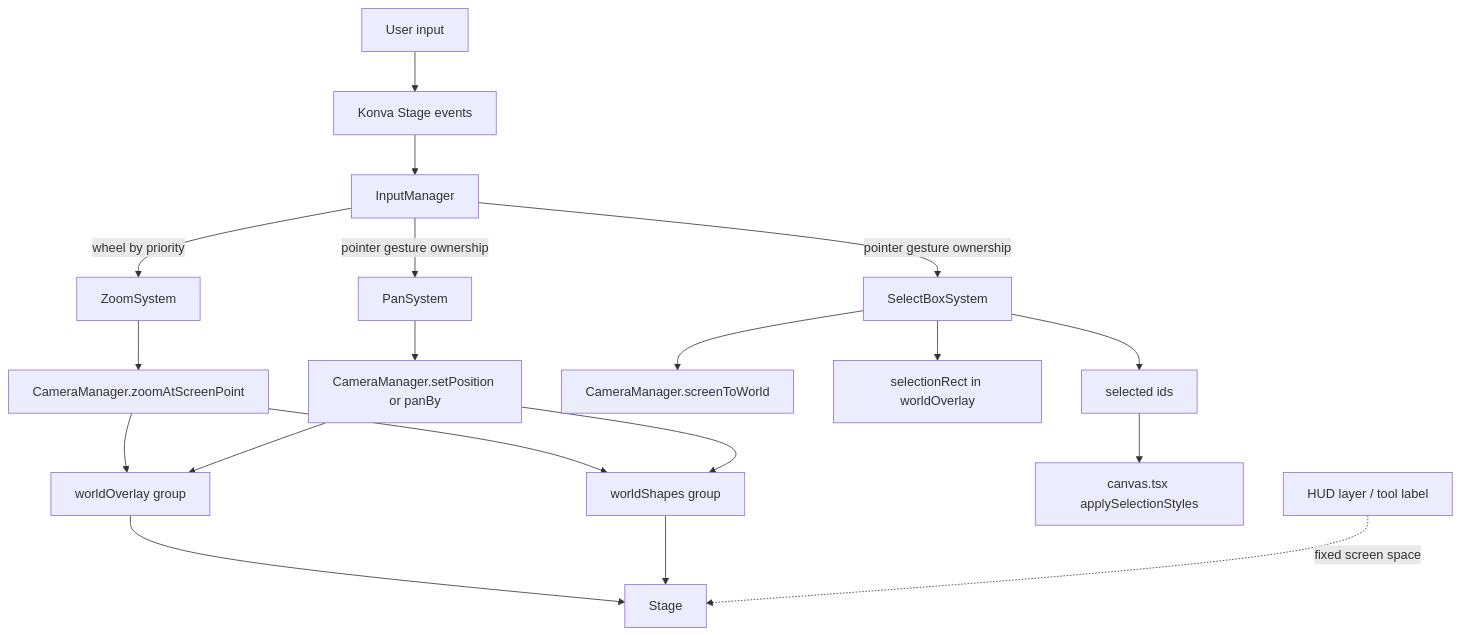
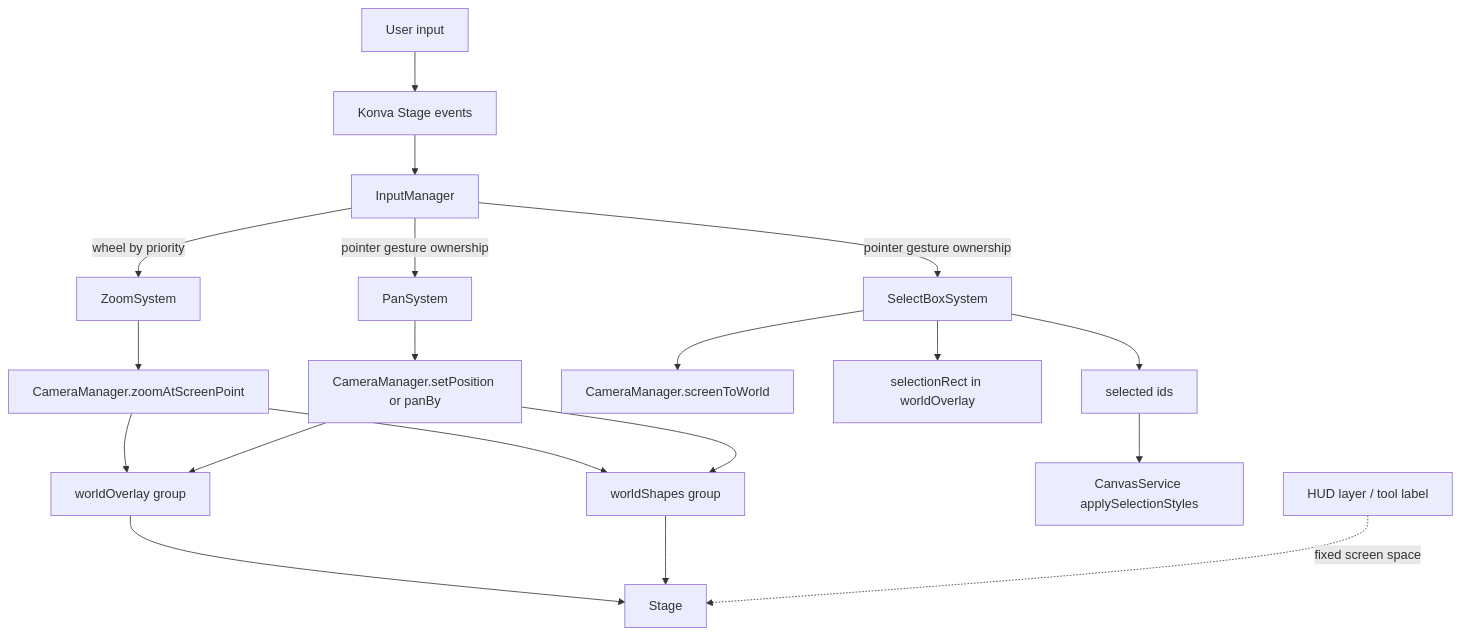
One commit to vibecanvas/vibecanvas changed the diagram in specs/spec.canvas.md. Above: the diagram before and after it, drawn with Mermaid. The commit also changed other lines of this file and 11 other files, not shown here.

Commit message:
refactor: Reimplement canvas input and drawing systems with a new class-based architecture, introducing a dedicated tool system and centralized redraw management.

````diff
--- a/specs/spec.canvas.md
+++ b/specs/spec.canvas.md
@@ -392,26 +401,26 @@
 ```mermaid
 flowchart TD
   U1[User input] --> S1[Konva Stage events]
   S1 --> IM[InputManager]
 
   IM -->|pointer gesture ownership| P1[PanSystem]
   IM -->|pointer gesture ownership| SB1[SelectBoxSystem]
   IM -->|wheel by priority| Z1[ZoomSystem]
 
   P1 --> C1[CameraManager.setPosition or panBy]
   Z1 --> C2[CameraManager.zoomAtScreenPoint]
   SB1 --> C3[CameraManager.screenToWorld]
 
   C1 --> WG1[worldShapes group]
   C1 --> WG2[worldOverlay group]
   C2 --> WG1
   C2 --> WG2
 
   SB1 --> SR[selectionRect in worldOverlay]
   SB1 --> SEL[selected ids]
-  SEL --> CV[canvas.tsx applySelectionStyles]
+  SEL --> CV[CanvasService applySelectionStyles]
 
   HUD[HUD layer / tool label] -. fixed screen space .-> STAGE[Stage]
   WG1 --> STAGE
   WG2 --> STAGE
 ```
````
